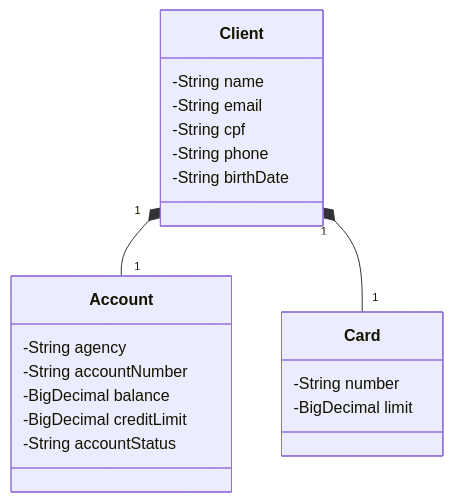
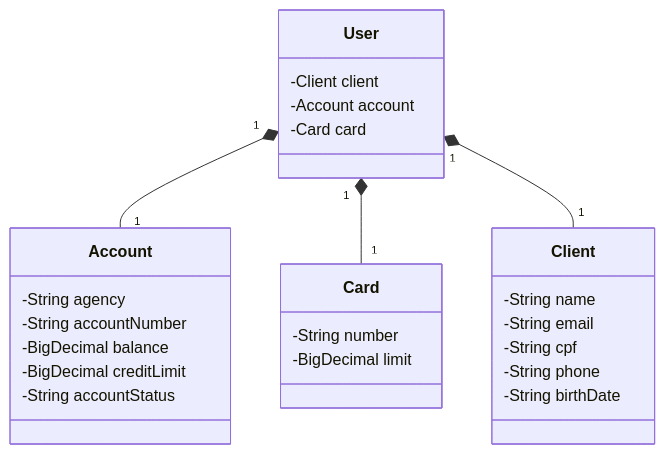
One commit to I-Augusto/Projeto.API-Banco changed the diagram in README.md. Above: the diagram before and after it, drawn with Mermaid.

Commit message:
Update README.md
Atualização na estrutura do projeto

````diff
--- a/README.md
+++ b/README.md
@@ -7,28 +7,36 @@
 ```mermaid
 classDiagram
+
+    class User {
+        -Client client
+        -Account account
+        -Card card
+    }
+
     class Client {
         -String name
         -String email
         -String cpf
         -String phone
         -String birthDate
     }
 
     class Account {
         -String agency
         -String accountNumber
         -BigDecimal balance
         -BigDecimal creditLimit
         -String accountStatus
     }
 
     class Card {
         -String number
         -BigDecimal limit
     }
 
-    Client "1" *-- "1" Account 
-    Client "1" *-- "1" Card
+    User "1" *-- "1" Account 
+    User "1" *-- "1" Card
+    User "1" *-- "1" Client
 
 
 ```
````
